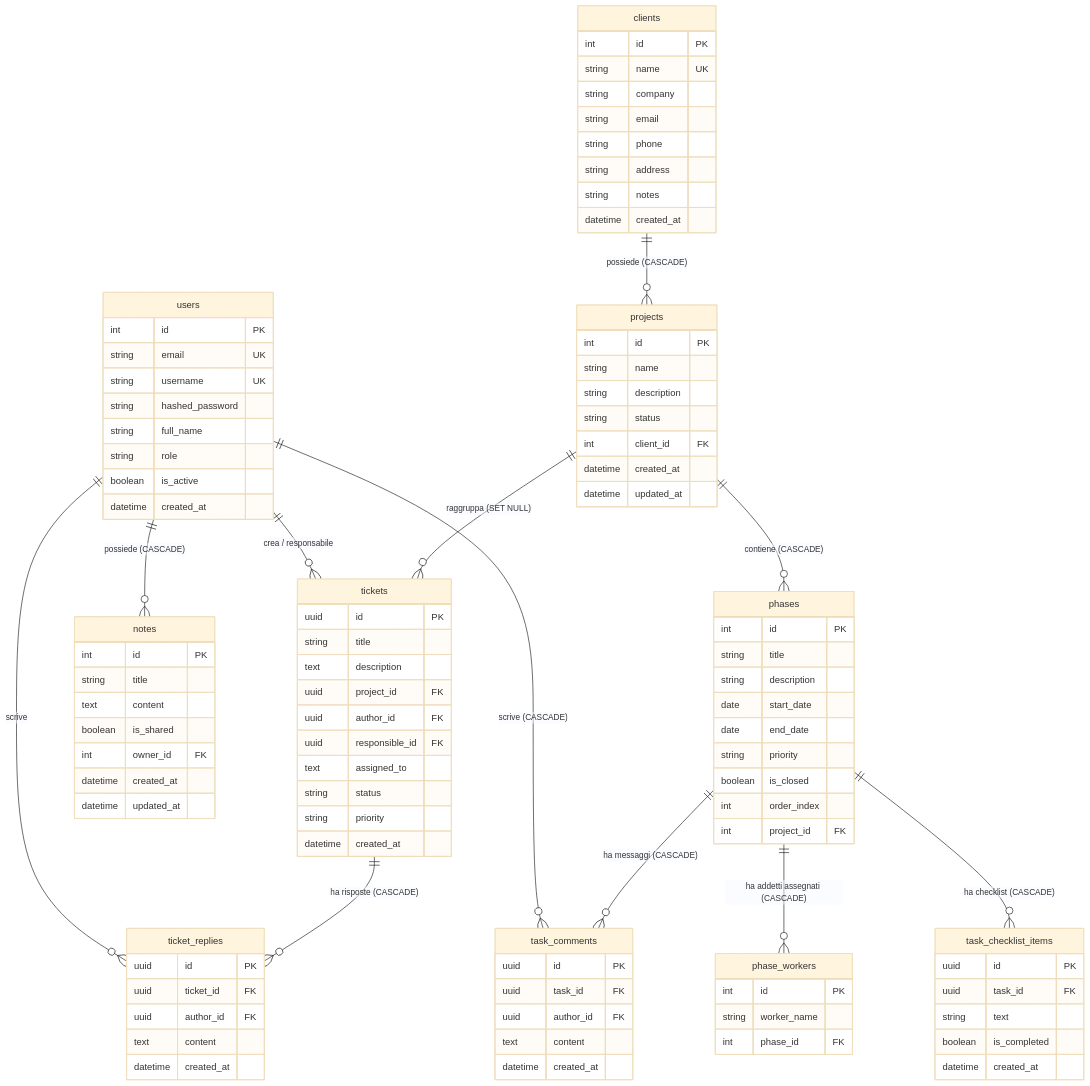
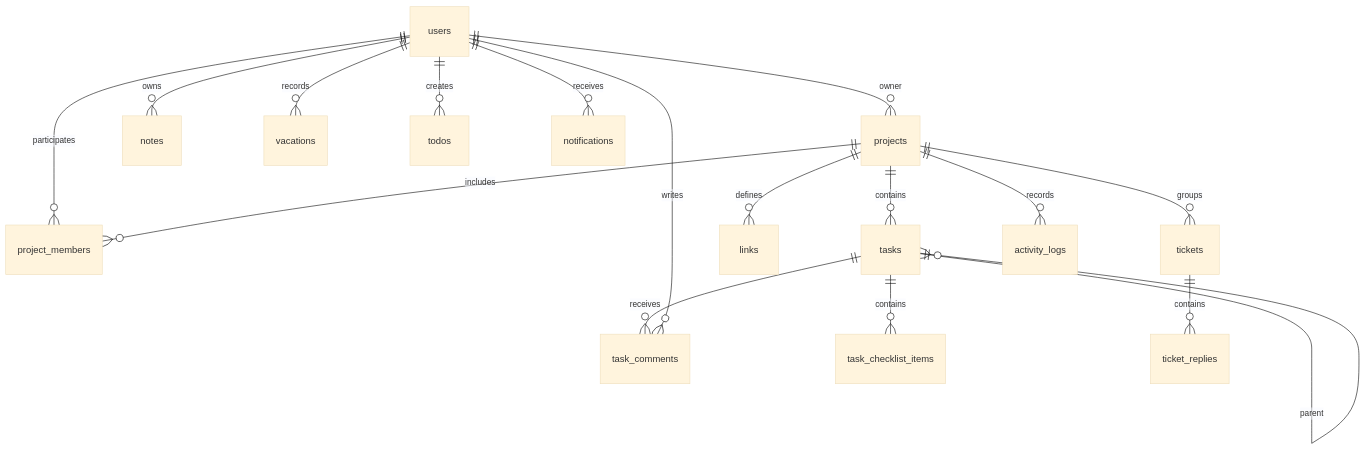
One commit to TurnTheBait/HiPlan changed the second of 2 diagrams in docs/TECHNICAL_DOCUMENTATION.md. Above: the diagram before and after it, drawn with Mermaid (base theme). The commit also changed other lines of this file and 6 other files, not shown here.

Commit message:
docs: update architecture and technical documentation while adding a project roadmap and silencing linter warnings in task models

````diff
--- a/docs/TECHNICAL_DOCUMENTATION.md
+++ b/docs/TECHNICAL_DOCUMENTATION.md
@@ -35,111 +112,19 @@
 ```mermaid
 erDiagram
-    users {
-        int id PK
-        string email UK
-        string username UK
-        string hashed_password
-        string full_name
-        string role
-        boolean is_active
-        datetime created_at
-    }
-
-    clients {
-        int id PK
-        string name UK
-        string company
-        string email
-        string phone
-        string address
-        string notes
-        datetime created_at
-    }
-
-    projects {
-        int id PK
-        string name
-        string description
-        string status
-        int client_id FK
-        datetime created_at
-        datetime updated_at
-    }
-
-    phases {
-        int id PK
-        string title
-        string description
-        date start_date
-        date end_date
-        string priority
-        boolean is_closed
-        int order_index
-        int project_id FK
-    }
-
-    phase_workers {
-        int id PK
-        string worker_name
-        int phase_id FK
-    }
-
-    task_comments {
-        uuid id PK
-        uuid task_id FK
-        uuid author_id FK
-        text content
-        datetime created_at
-    }
-
-    task_checklist_items {
-        uuid id PK
-        uuid task_id FK
-        string text
-        boolean is_completed
-        datetime created_at
-    }
-
-    notes {
-        int id PK
-        string title
-        text content
-        boolean is_shared
-        int owner_id FK
-        datetime created_at
-        datetime updated_at
-    }
-
-    tickets {
-        uuid id PK
-        string title
-        text description
-        uuid project_id FK
-        uuid author_id FK
-        uuid responsible_id FK
-        text assigned_to
-        string status
-        string priority
-        datetime created_at
-    }
-
-    ticket_replies {
-        uuid id PK
-        uuid ticket_id FK
-        uuid author_id FK
-        text content
-        datetime created_at
-    }
-
-    clients ||--o{ projects : "possiede (CASCADE)"
-    projects ||--o{ phases : "contiene (CASCADE)"
-    phases ||--o{ phase_workers : "ha addetti assegnati (CASCADE)"
-    phases ||--o{ task_comments : "ha messaggi (CASCADE)"
-    phases ||--o{ task_checklist_items : "ha checklist (CASCADE)"
-    users ||--o{ task_comments : "scrive (CASCADE)"
-    users ||--o{ notes : "possiede (CASCADE)"
-    projects ||--o{ tickets : "raggruppa (SET NULL)"
-    users ||--o{ tickets : "crea / responsabile"
-    tickets ||--o{ ticket_replies : "ha risposte (CASCADE)"
-    users ||--o{ ticket_replies : "scrive"
+    users ||--o{ projects : owner
+    users ||--o{ project_members : participates
+    projects ||--o{ project_members : includes
+    projects ||--o{ tasks : contains
+    projects ||--o{ links : defines
+    tasks ||--o{ tasks : parent
+    tasks ||--o{ task_comments : receives
+    tasks ||--o{ task_checklist_items : contains
+    users ||--o{ task_comments : writes
+    users ||--o{ notes : owns
+    users ||--o{ vacations : records
+    users ||--o{ todos : creates
+    projects ||--o{ tickets : groups
+    tickets ||--o{ ticket_replies : contains
+    projects ||--o{ activity_logs : records
+    users ||--o{ notifications : receives
 ```
````
